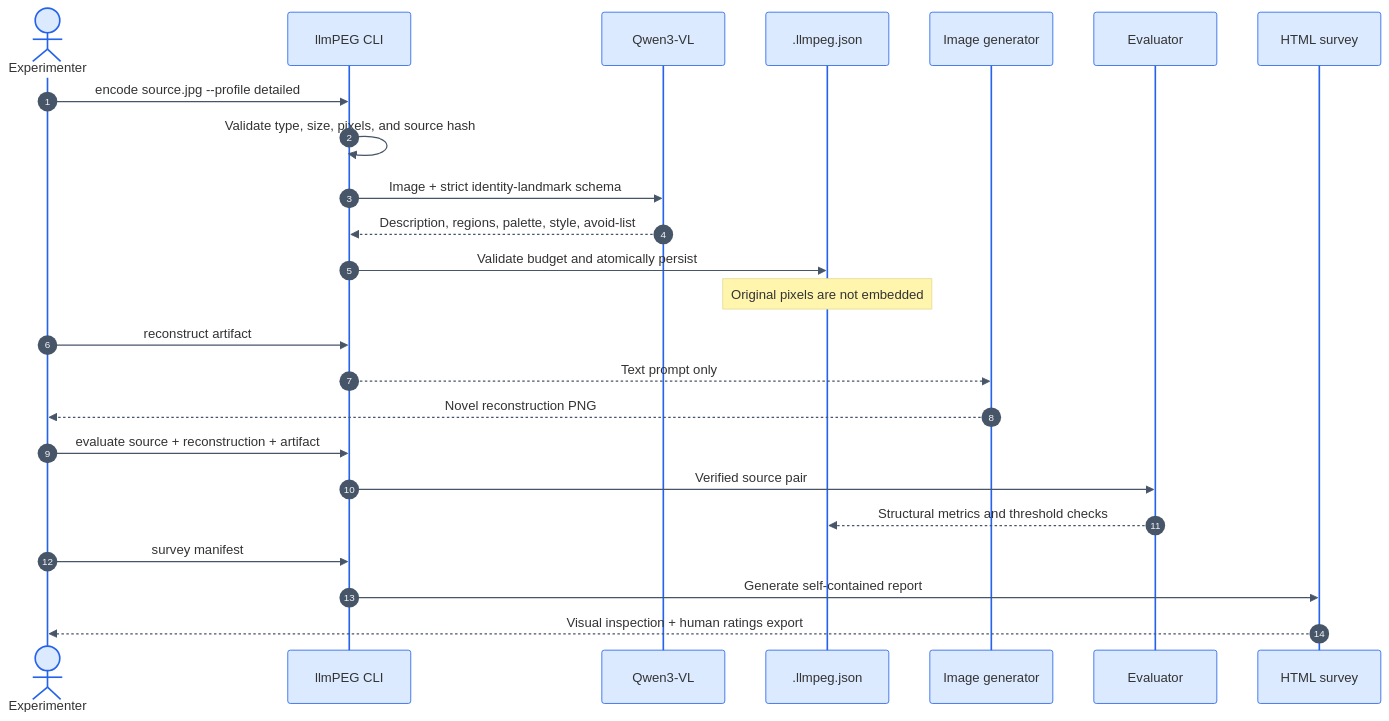
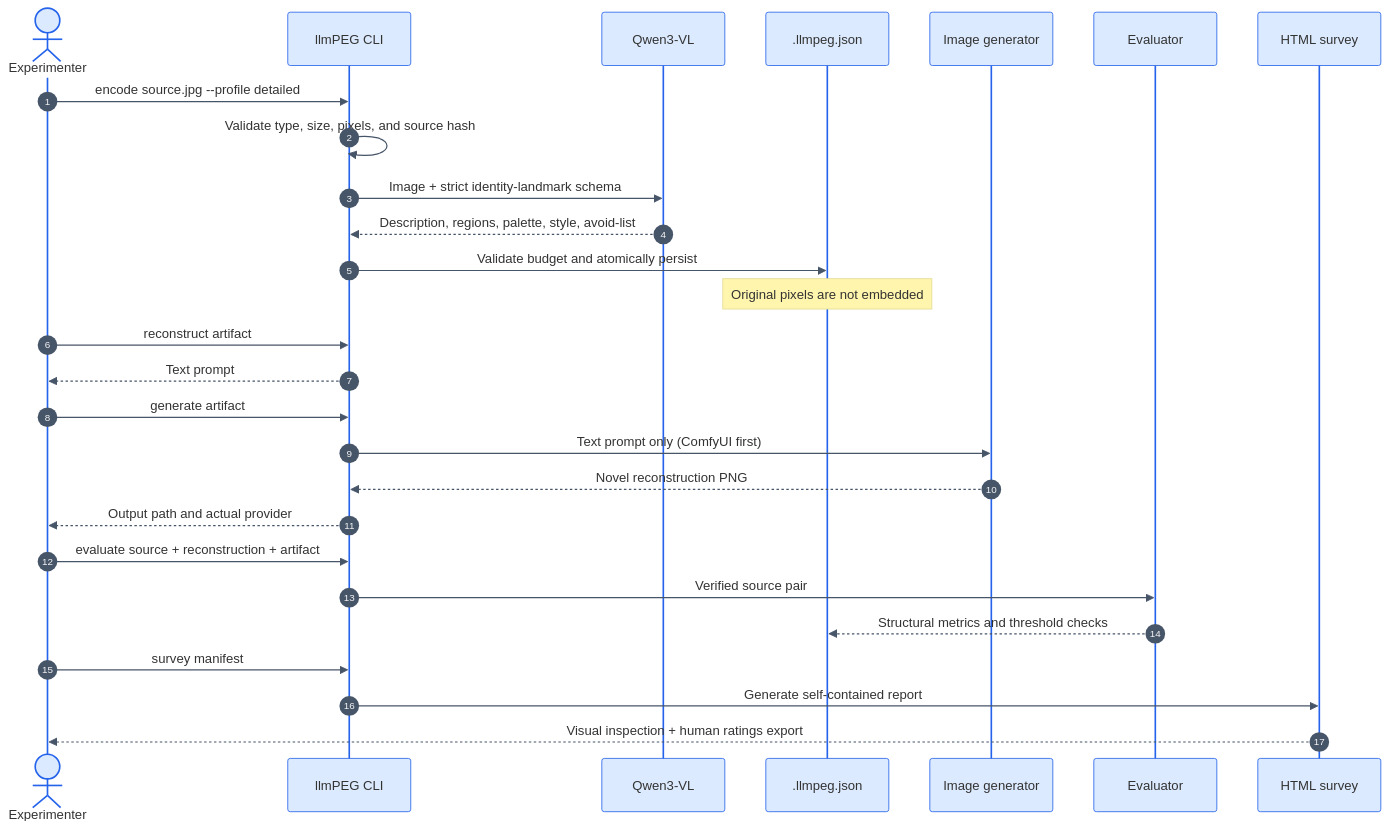
Before and after one commit to marcelpetrick/llmPEG: the fourth of 4 diagrams in docs/architecture.md, drawn with Mermaid. The commit also changed other lines of this file and 11 other files, not shown here.

````diff
--- a/docs/architecture.md
+++ b/docs/architecture.md
@@ -125,28 +132,31 @@
 ```mermaid
 %%{init: {"theme":"base","themeVariables":{"fontFamily":"Inter, ui-sans-serif, system-ui","actorBkg":"#DBEAFE","actorBorder":"#2563EB","signalColor":"#475569","activationBkgColor":"#FFF7D6","activationBorderColor":"#D97706"}}}%%
 sequenceDiagram
   autonumber
   actor U as Experimenter
   participant C as llmPEG CLI
   participant V as Qwen3-VL
   participant A as .llmpeg.json
   participant G as Image generator
   participant E as Evaluator
   participant H as HTML survey
 
   U->>C: encode source.jpg --profile detailed
   C->>C: Validate type, size, pixels, and source hash
   C->>V: Image + strict identity-landmark schema
   V-->>C: Description, regions, palette, style, avoid-list
   C->>A: Validate budget and atomically persist
   Note over A: Original pixels are not embedded
   U->>C: reconstruct artifact
-  C-->>G: Text prompt only
-  G-->>U: Novel reconstruction PNG
+  C-->>U: Text prompt
+  U->>C: generate artifact
+  C->>G: Text prompt only (ComfyUI first)
+  G-->>C: Novel reconstruction PNG
+  C-->>U: Output path and actual provider
   U->>C: evaluate source + reconstruction + artifact
   C->>E: Verified source pair
   E-->>A: Structural metrics and threshold checks
   U->>C: survey manifest
   C->>H: Generate self-contained report
   H-->>U: Visual inspection + human ratings export
 ```
````
